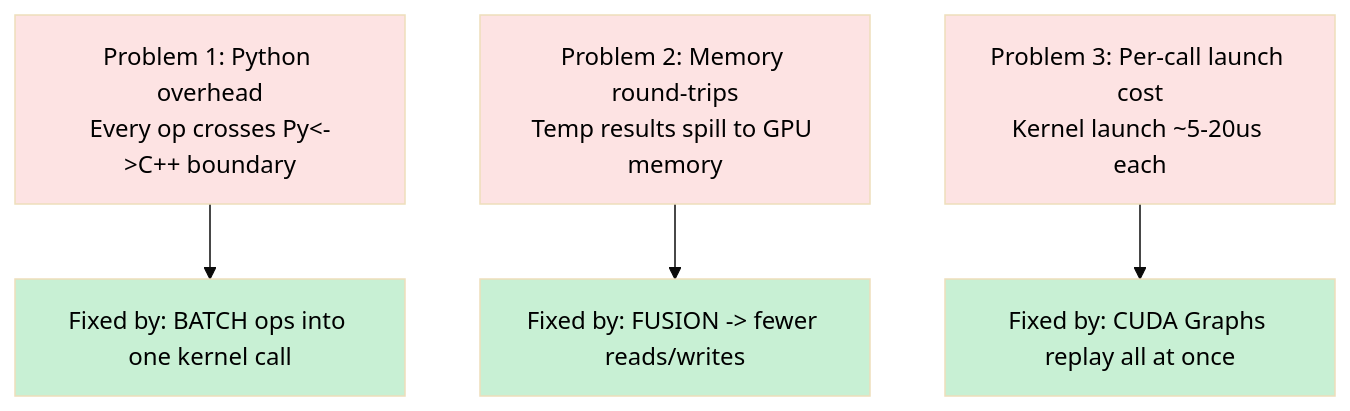
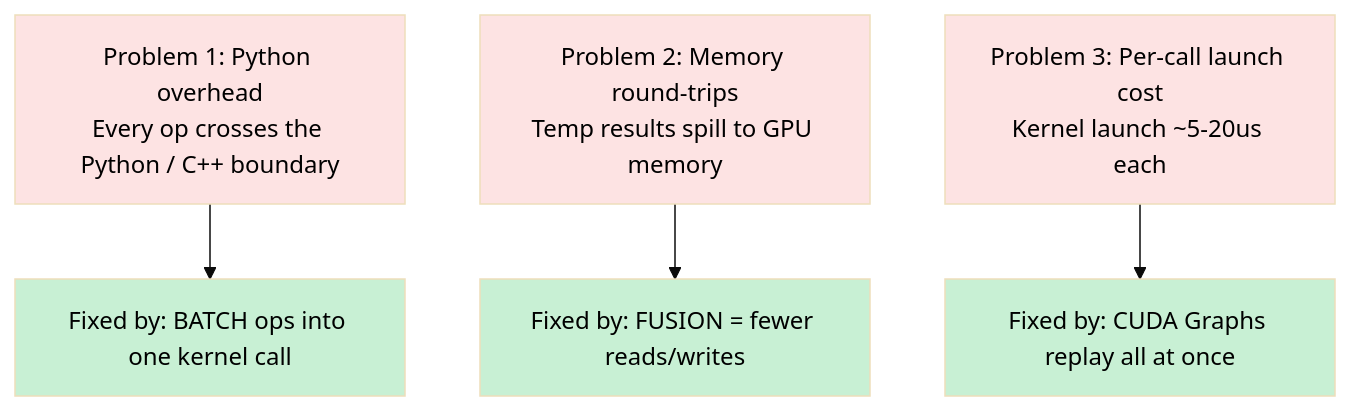
Before and after one commit to megabake/megabake: the second of 32 diagrams in talk.md, drawn with Mermaid (base theme). The commit also changed other lines of this file, not shown here.

Commit message:
fixing mermaids

````diff
--- a/talk.md
+++ b/talk.md
@@ -52,12 +52,12 @@
 ```mermaid
 flowchart TD
-    P1["Problem 1: Python overhead\nEvery op crosses Py<->C++ boundary"] --> F1["Fixed by: BATCH ops into one kernel call"]
-    P2["Problem 2: Memory round-trips\nTemp results spill to GPU memory"] --> F2["Fixed by: FUSION -> fewer reads/writes"]
+    P1["Problem 1: Python overhead\nEvery op crosses the Python / C++ boundary"] --> F1["Fixed by: BATCH ops into one kernel call"]
+    P2["Problem 2: Memory round-trips\nTemp results spill to GPU memory"] --> F2["Fixed by: FUSION = fewer reads/writes"]
     P3["Problem 3: Per-call launch cost\nKernel launch ~5-20us each"] --> F3["Fixed by: CUDA Graphs replay all at once"]
     style P1 fill:#fde3e3,color:#000
     style P2 fill:#fde3e3,color:#000
     style P3 fill:#fde3e3,color:#000
     style F1 fill:#c8f0d4,color:#000
     style F2 fill:#c8f0d4,color:#000
     style F3 fill:#c8f0d4,color:#000
 ```
````
